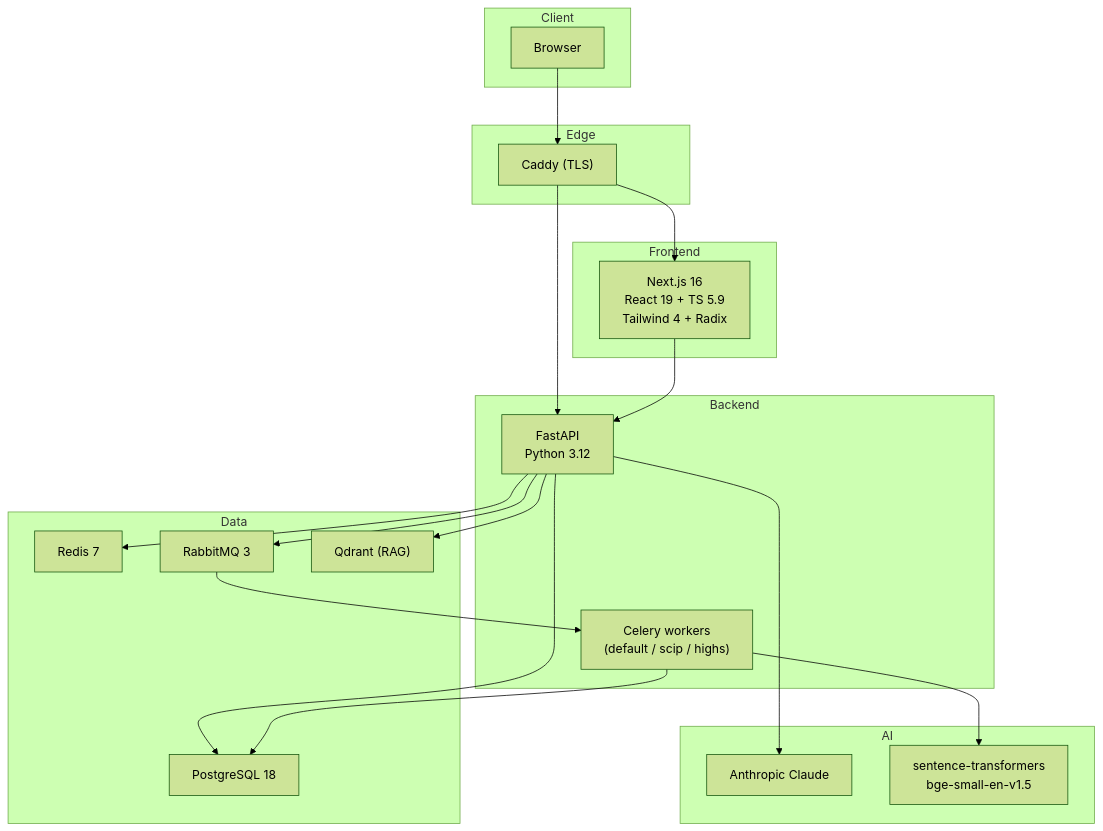
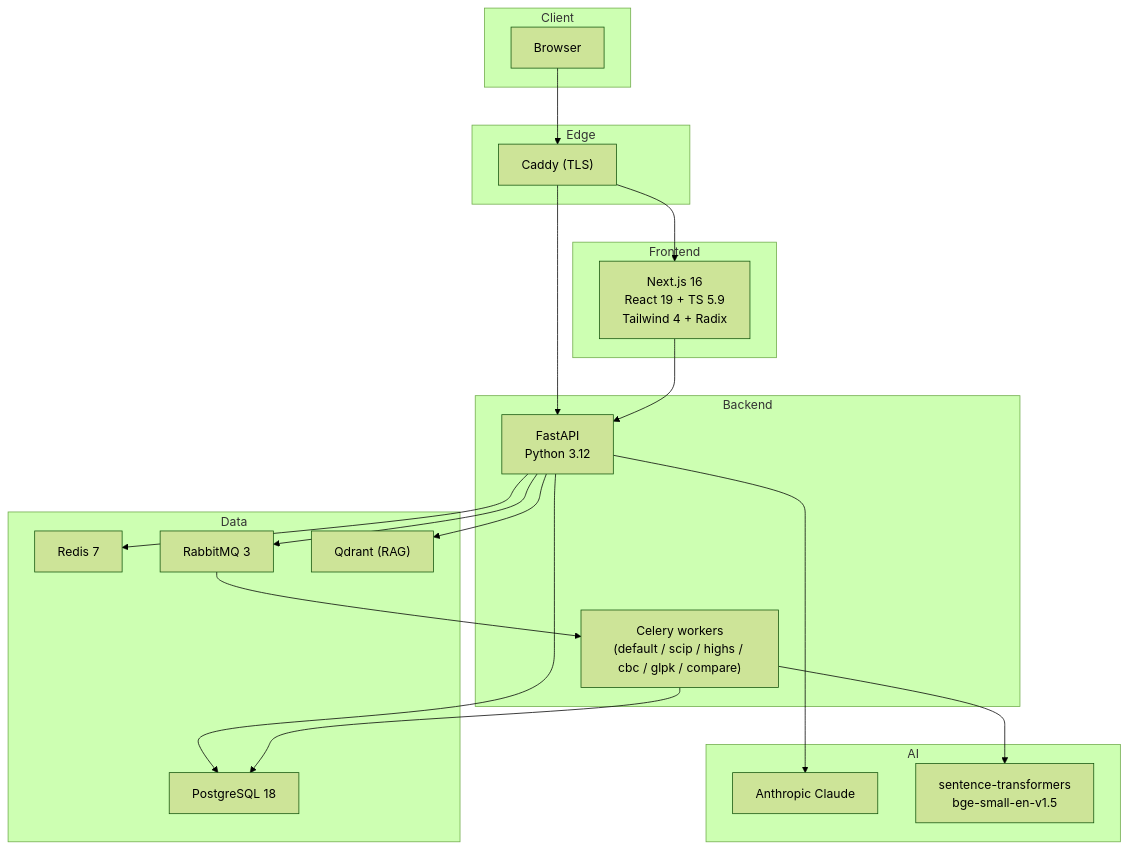
One commit to avallavall/jaot changed the diagram in docs/ARCHITECTURE/01-overview/02-tech-stack.md. Above: the diagram before and after it, drawn with Mermaid (forest theme). The commit also changed other lines of this file and 32 other files, not shown here.

First line of the commit message:
feat(solve): CBC and GLPK, each run as its own program

````diff
--- a/docs/ARCHITECTURE/01-overview/02-tech-stack.md
+++ b/docs/ARCHITECTURE/01-overview/02-tech-stack.md
@@ -56,44 +58,44 @@
 ```mermaid
 flowchart TB
     subgraph Client["Client"]
         Browser["Browser"]
     end
 
     subgraph Edge["Edge"]
         Caddy["Caddy (TLS)"]
     end
 
     subgraph Frontend["Frontend"]
         NextJS["Next.js 16<br/>React 19 + TS 5.9<br/>Tailwind 4 + Radix"]
     end
 
     subgraph Backend["Backend"]
         FastAPI["FastAPI<br/>Python 3.12"]
-        Celery["Celery workers<br/>(default / scip / highs)"]
+        Celery["Celery workers<br/>(default / scip / highs / cbc / glpk / compare)"]
     end
 
     subgraph Data["Data"]
         PG["PostgreSQL 18"]
         Redis["Redis 7"]
         RMQ["RabbitMQ 3"]
         Qdrant["Qdrant (RAG)"]
     end
 
     subgraph AI["AI"]
         Claude["Anthropic Claude"]
         Embeddings["sentence-transformers<br/>bge-small-en-v1.5"]
     end
 
     Browser --> Caddy
     Caddy --> NextJS
     Caddy --> FastAPI
     NextJS --> FastAPI
     FastAPI --> PG
     FastAPI --> Redis
     FastAPI --> RMQ
     FastAPI --> Qdrant
     FastAPI --> Claude
     RMQ --> Celery
     Celery --> PG
     Celery --> Embeddings
 ```
````
